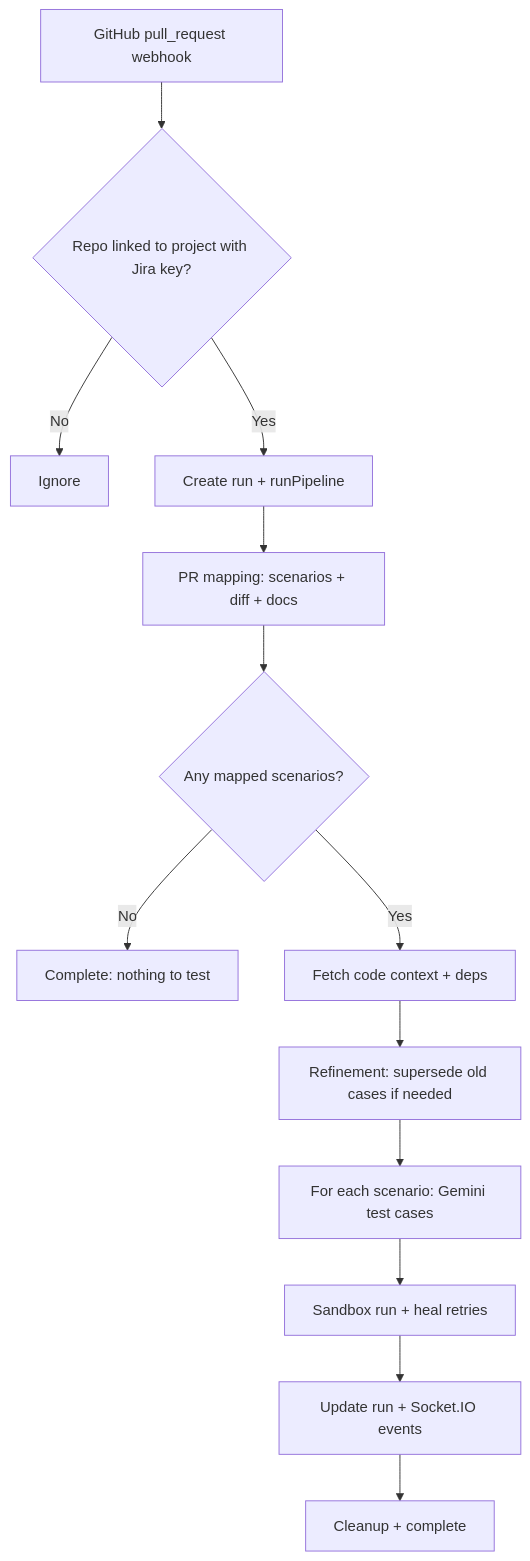
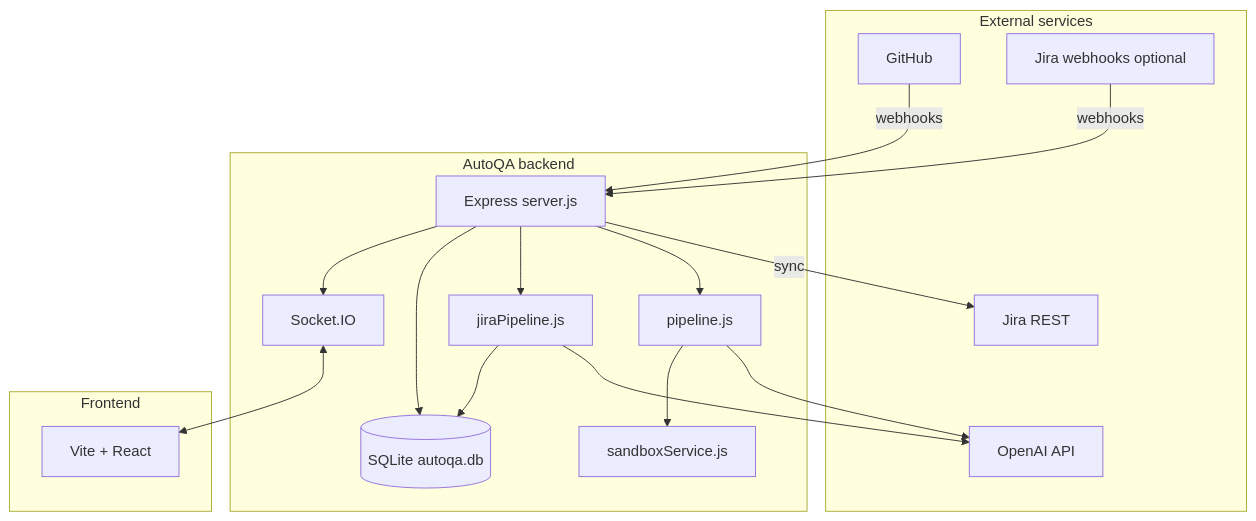
One commit to JosephCK21/QAPipeline changed the first of 4 diagrams in README.md. Above: the diagram before and after it, drawn with Mermaid. The commit also changed other lines of this file, not shown here.

First line of the commit message:
refactor: update README.md to enhance project overview and documentation structure

````diff
--- a/README.md
+++ b/README.md
@@ -31,15 +46,32 @@
 ```mermaid
-flowchart TD
-    A[GitHub pull_request webhook] --> B{Repo linked to project with Jira key?}
-    B -->|No| Z[Ignore]
-    B -->|Yes| C[Create run + runPipeline]
-    C --> D[PR mapping: scenarios + diff + docs]
-    D --> E{Any mapped scenarios?}
-    E -->|No| Y[Complete: nothing to test]
-    E -->|Yes| F[Fetch code context + deps]
-    F --> G[Refinement: supersede old cases if needed]
-    G --> H[For each scenario: Gemini test cases]
-    H --> I[Sandbox run + heal retries]
-    I --> J[Update run + Socket.IO events]
-    J --> K[Cleanup + complete]
+flowchart TB
+  subgraph ext [External services]
+    GH[GitHub]
+    JiraAPI[Jira REST]
+    JiraWh[Jira webhooks optional]
+    OAI[OpenAI API]
+  end
+  subgraph app [AutoQA backend]
+    API[Express server.js]
+    IO[Socket.IO]
+    DB[(SQLite autoqa.db)]
+    Pipe[pipeline.js]
+    Jpipe[jiraPipeline.js]
+    Sand[sandboxService.js]
+  end
+  subgraph ui [Frontend]
+    Vite[Vite + React]
+  end
+  GH -->|webhooks| API
+  JiraWh -->|webhooks| API
+  API -->|sync| JiraAPI
+  API --> Pipe
+  API --> Jpipe
+  Pipe --> OAI
+  Jpipe --> OAI
+  Pipe --> Sand
+  API --> DB
+  Jpipe --> DB
+  API --> IO
+  IO <--> Vite
 ```
````
